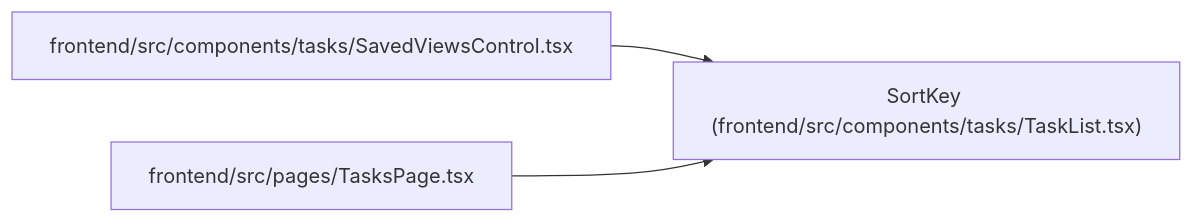
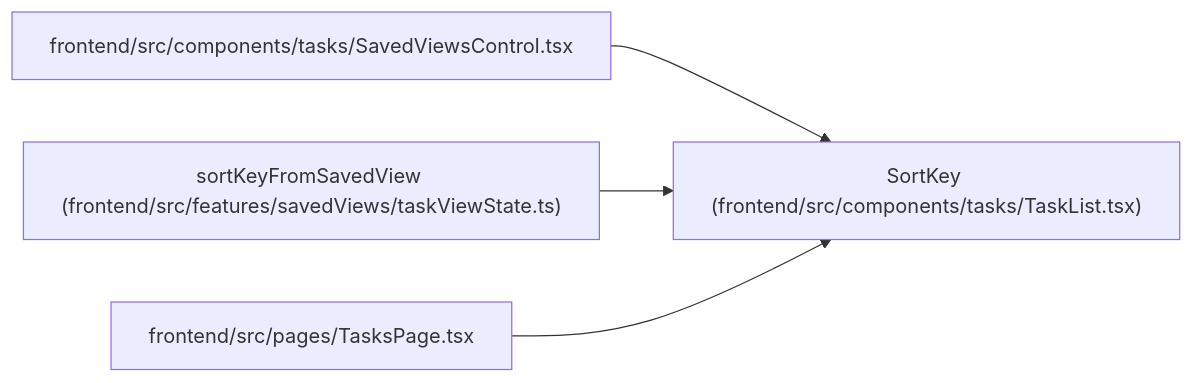
Before and after one commit to Denissvgn/WorkChord: the diagram in docs/llm_wiki/entities/SortKey.md, drawn with Mermaid. The commit also changed other lines of this file and 2509 other files, not shown here.

````diff
--- a/docs/llm_wiki/entities/SortKey.md
+++ b/docs/llm_wiki/entities/SortKey.md
@@ -23,11 +23,14 @@
 ```mermaid
 flowchart LR
     n0["SortKey (frontend/src/components/tasks/TaskList.tsx)"]
     n1["frontend/src/components/tasks/SavedViewsControl.tsx"]
-    n2["frontend/src/pages/TasksPage.tsx"]
+    n2["sortKeyFromSavedView (frontend/src/features/savedViews/taskViewState.ts)"]
+    n3["frontend/src/pages/TasksPage.tsx"]
     n1 --> n0
     n2 --> n0
+    n3 --> n0
     click n0 "../modules/TaskList.md"
     click n1 "../modules/SavedViewsControl.md"
-    click n2 "../modules/TasksPage.md"
+    click n2 "../modules/taskViewState.md"
+    click n3 "../modules/TasksPage.md"
 ```
````
